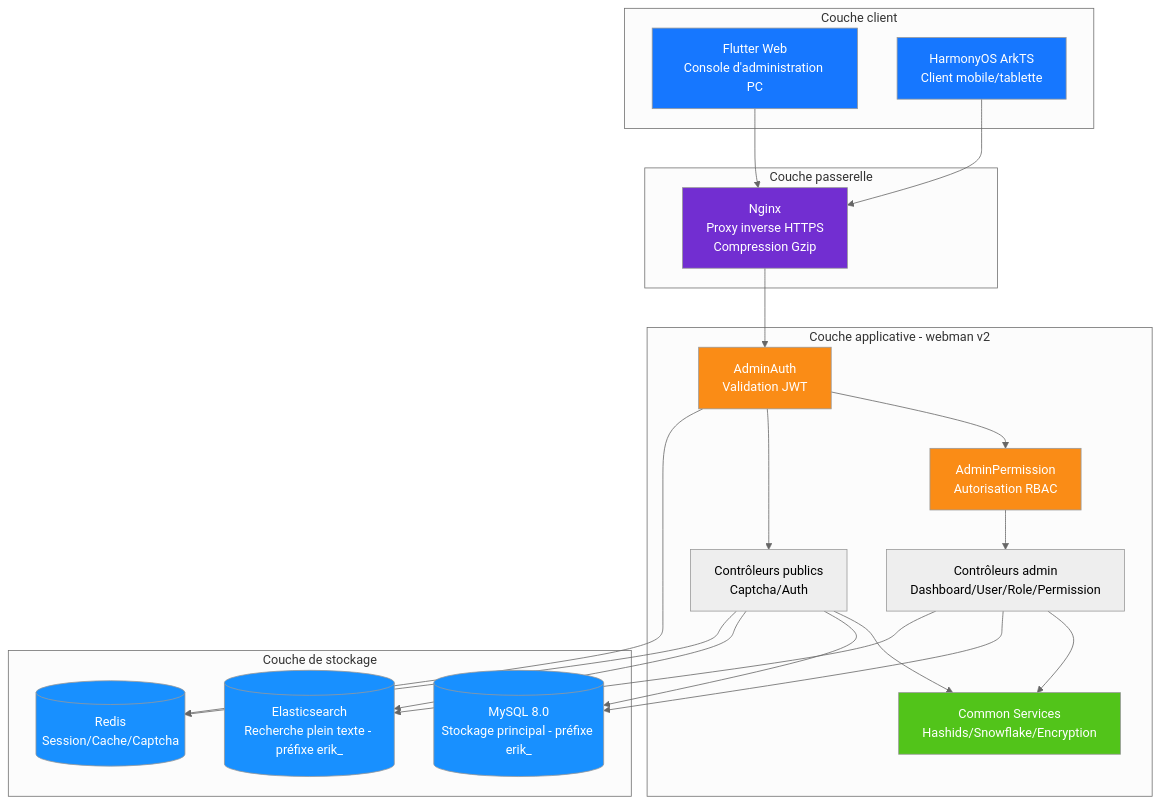
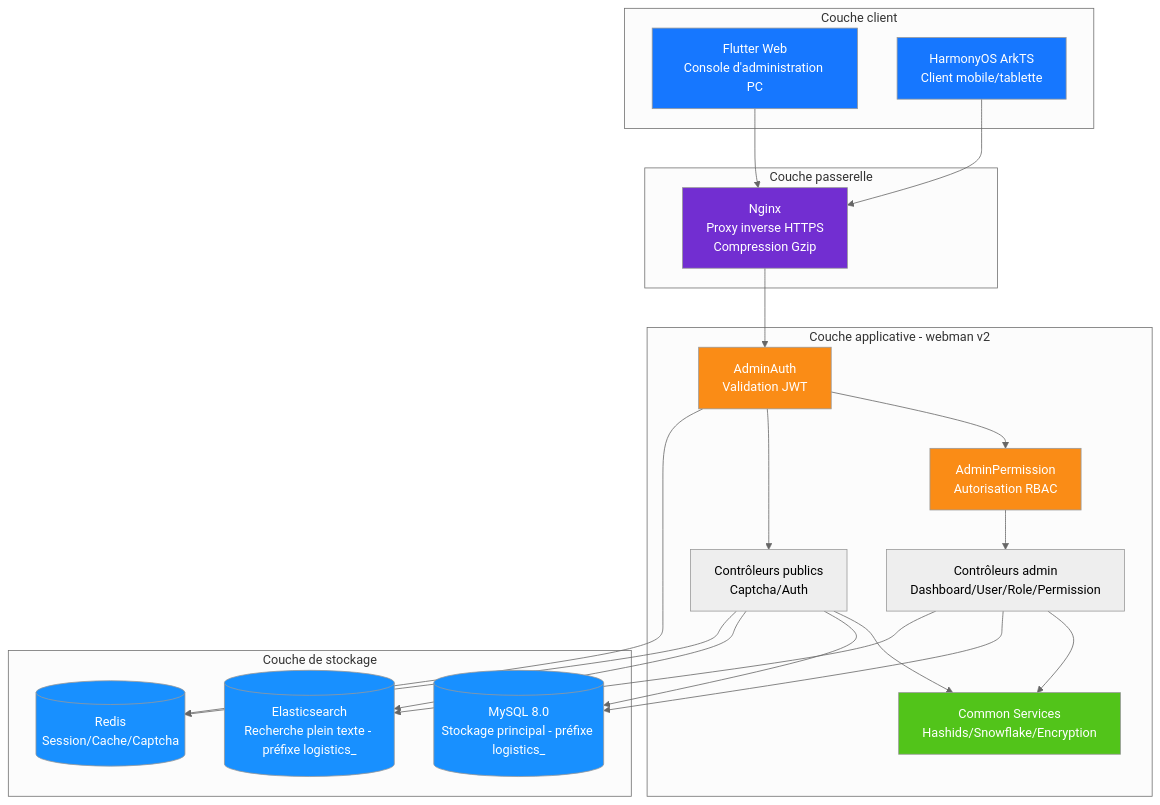
The diagram in admin/docs/diagrams/01-system-architecture.fr.md (erikwang2013/integrated-global-logistics), drawn with Mermaid (neutral theme) before and after one commit. The commit also changed 211 other files, not shown here.

````diff
--- a/admin/docs/diagrams/01-system-architecture.fr.md
+++ b/admin/docs/diagrams/01-system-architecture.fr.md
@@ -7,50 +7,50 @@
 ```mermaid
 flowchart TB
     subgraph clients["Couche client"]
         flutter["Flutter Web<br/>Console d'administration PC"]
         harmony["HarmonyOS ArkTS<br/>Client mobile/tablette"]
     end
 
     subgraph gateway["Couche passerelle"]
         nginx["Nginx<br/>Proxy inverse HTTPS<br/>Compression Gzip"]
     end
 
     subgraph app["Couche applicative - webman v2"]
         auth["AdminAuth<br/>Validation JWT"]
         perm["AdminPermission<br/>Autorisation RBAC"]
         admin["Contrôleurs admin<br/>Dashboard/User/Role/Permission"]
         public["Contrôleurs publics<br/>Captcha/Auth"]
         common["Common Services<br/>Hashids/Snowflake/Encryption"]
     end
 
     subgraph storage["Couche de stockage"]
-        mysql[("MySQL 8.0<br/>Stockage principal - préfixe erik_")]
-        es[("Elasticsearch<br/>Recherche plein texte - préfixe erik_")]
+        mysql[("MySQL 8.0<br/>Stockage principal - préfixe logistics_")]
+        es[("Elasticsearch<br/>Recherche plein texte - préfixe logistics_")]
         redis[("Redis<br/>Session/Cache/Captcha")]
     end
 
     flutter --> nginx
     harmony --> nginx
     nginx --> auth
     auth --> perm
     perm --> admin
     auth --> public
     admin --> common
     public --> common
     admin --> mysql
     public --> mysql
     admin --> es
     public --> es
     auth --> redis
     public --> redis
 
     style flutter fill:#1677FF,color:#fff
     style harmony fill:#1677FF,color:#fff
     style nginx fill:#722ED1,color:#fff
     style auth fill:#FA8C16,color:#fff
     style perm fill:#FA8C16,color:#fff
     style common fill:#52C41A,color:#fff
     style mysql fill:#1890FF,color:#fff
     style es fill:#1890FF,color:#fff
     style redis fill:#1890FF,color:#fff
 ```
````
